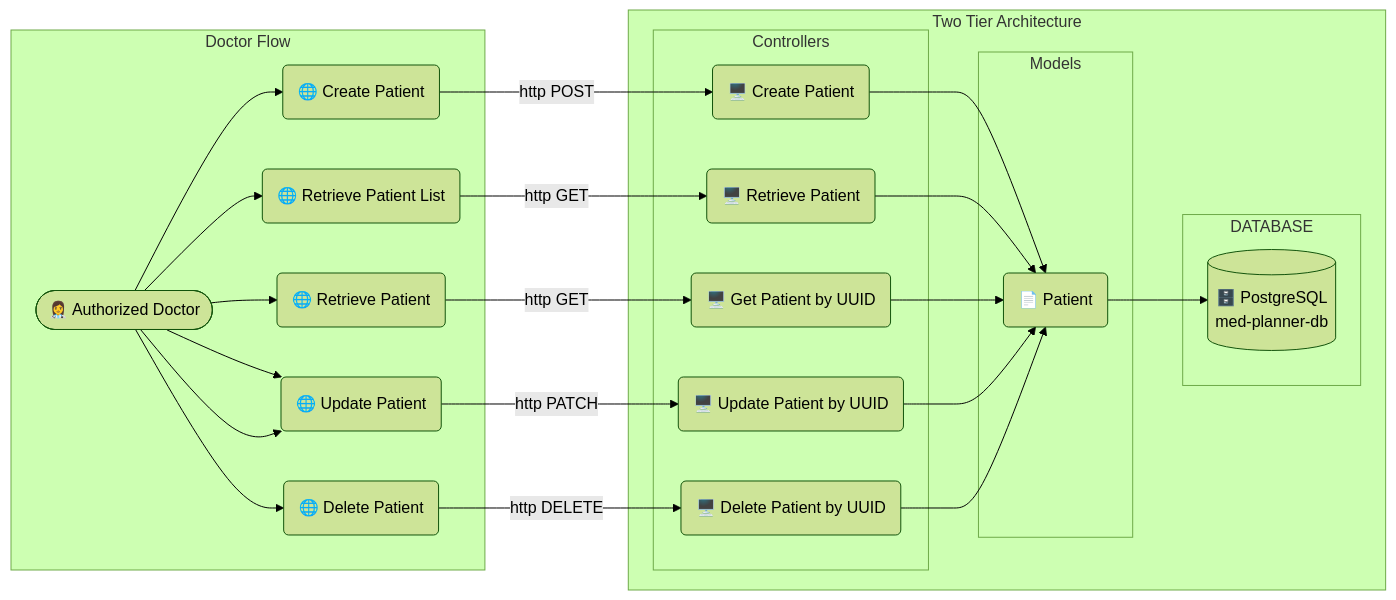
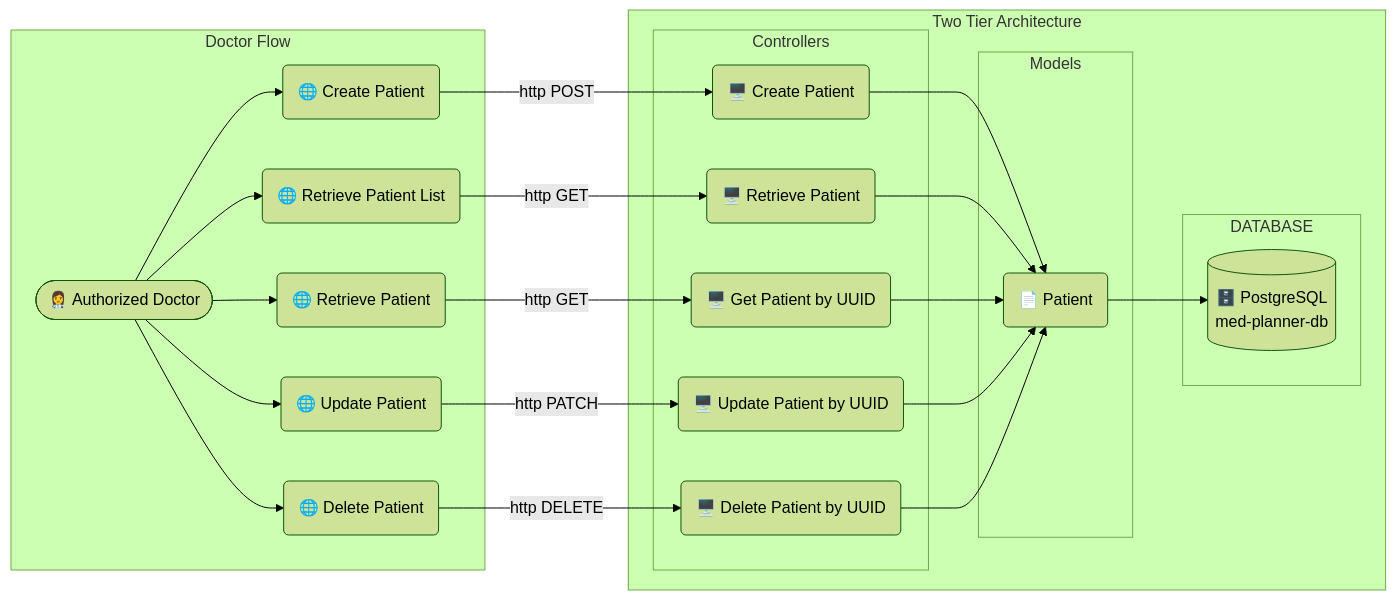
One commit to jtonynet/js-med-planner changed the second of 2 diagrams in README.md. Above: the diagram before and after it, drawn with Mermaid (forest theme).

Commit message:
fix: acerto readme

````diff
--- a/README.md
+++ b/README.md
@@ -240,46 +240,45 @@
 ```mermaid
 graph LR
     subgraph Doctor Flow
       DOCTOR(["👩‍⚕️ Authorized Doctor"])
 
       DOCTOR --> CREATE_PATIENT("🌐 Create Patient")
       DOCTOR --> RETRIEVE_PATIENT_LIST("🌐 Retrieve Patient List")
       DOCTOR --> RETRIEVE_PATIENT("🌐 Retrieve Patient")
-      DOCTOR --> UPDATE_PATIENT("🌐 Update Patient")
       DOCTOR --> UPDATE_PATIENT("🌐 Update Patient")
       DOCTOR --> DELETE_PATIENT("🌐 Delete Patient")
     end
 
     subgraph Two Tier Architecture
       subgraph Controllers
         API_CREATE_PATIENT("🖥️ Create Patient")
         API_GET_PATIENTS("🖥️ Retrieve Patient")
         API_GET_PATIENT("🖥️ Get Patient by UUID")
         API_UPDATE_PATIENT("🖥️ Update Patient by UUID")
         API_DELETE_PATIENT("🖥️ Delete Patient by UUID")
       end
 
       subgraph Models
         ENTITY_PATIENT("📄 Patient")
       end
 
       subgraph DATABASE
         MED_PLANNER_DB[("🗄️ PostgreSQL <br/> med-planner-db")]
       end 
     end
   
   CREATE_PATIENT -->|http POST| API_CREATE_PATIENT
   RETRIEVE_PATIENT_LIST -->|http GET| API_GET_PATIENTS
   RETRIEVE_PATIENT -->|http GET| API_GET_PATIENT
   UPDATE_PATIENT -->|http PATCH| API_UPDATE_PATIENT
   DELETE_PATIENT -->|http DELETE| API_DELETE_PATIENT
 
   API_CREATE_PATIENT-->ENTITY_PATIENT
   API_GET_PATIENTS-->ENTITY_PATIENT
   API_GET_PATIENT-->ENTITY_PATIENT
   API_UPDATE_PATIENT-->ENTITY_PATIENT 
   API_DELETE_PATIENT-->ENTITY_PATIENT
 
 
   ENTITY_PATIENT-->MED_PLANNER_DB
 ```
````
